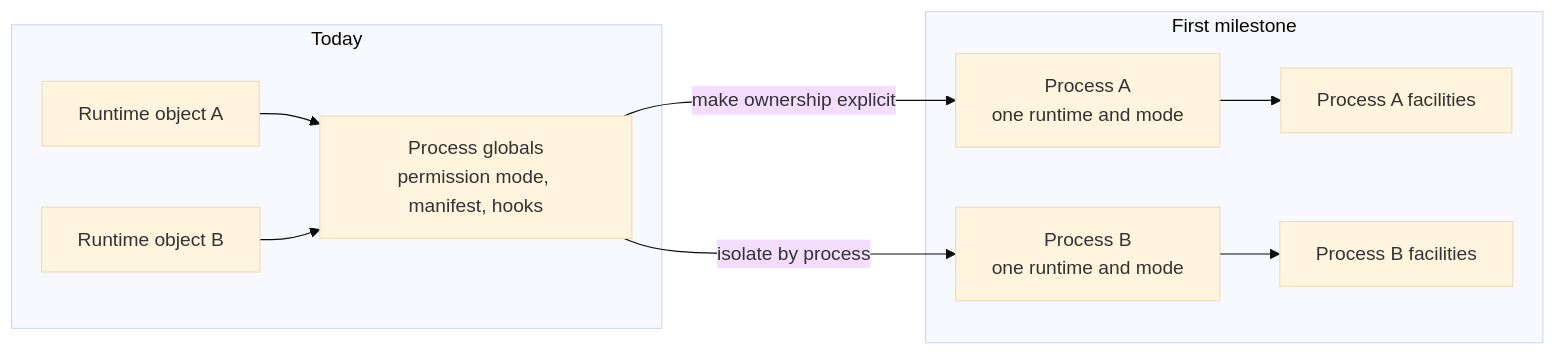
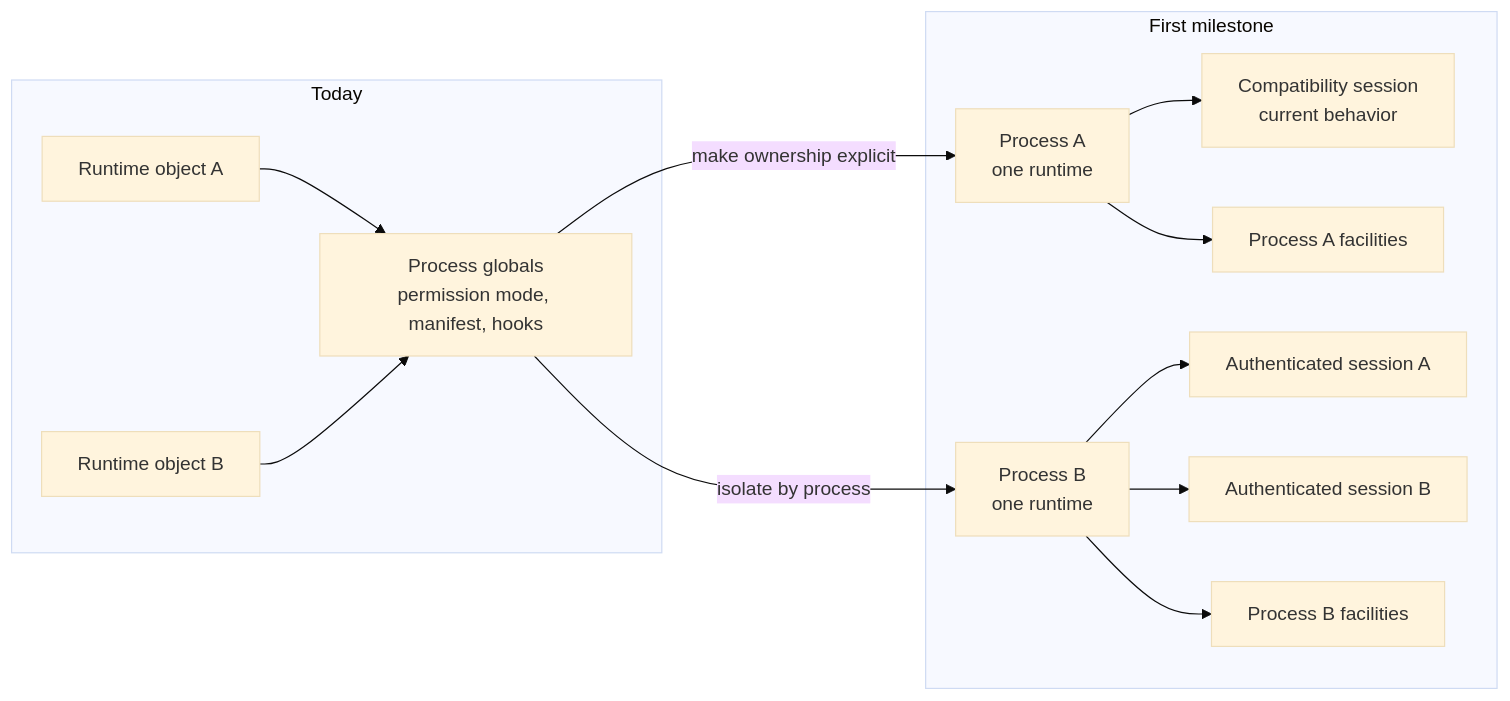
One commit to trycua/cua changed the eighth of 9 diagrams in libs/cua-driver/docs/sdk-first-runtime-north-star.md. Above: the diagram before and after it, drawn with Mermaid (base theme). The commit also changed other lines of this file and 1 other file, not shown here.

Commit message:
docs: make permission modes portable session contexts

````diff
--- a/libs/cua-driver/docs/sdk-first-runtime-north-star.md
+++ b/libs/cua-driver/docs/sdk-first-runtime-north-star.md
@@ -299,22 +312,28 @@
 ```mermaid
 flowchart LR
     subgraph Today
         GLOBALS["Process globals<br/>permission mode, manifest, hooks"]
         CLIENTA["Runtime object A"]
         CLIENTB["Runtime object B"]
         CLIENTA --> GLOBALS
         CLIENTB --> GLOBALS
     end
 
     subgraph FirstMilestone["First milestone"]
-        PA["Process A<br/>one runtime and mode"]
-        PB["Process B<br/>one runtime and mode"]
+        PA["Process A<br/>one runtime"]
+        COMPAT["Compatibility session<br/>current behavior"]
+        PB["Process B<br/>one runtime"]
+        SA["Authenticated session A"]
+        SB["Authenticated session B"]
         FA["Process A facilities"]
         FB["Process B facilities"]
+        PA --> COMPAT
+        PB --> SA
+        PB --> SB
         PA --> FA
         PB --> FB
     end
 
     GLOBALS -->|"make ownership explicit"| PA
     GLOBALS -->|"isolate by process"| PB
 ```
````
